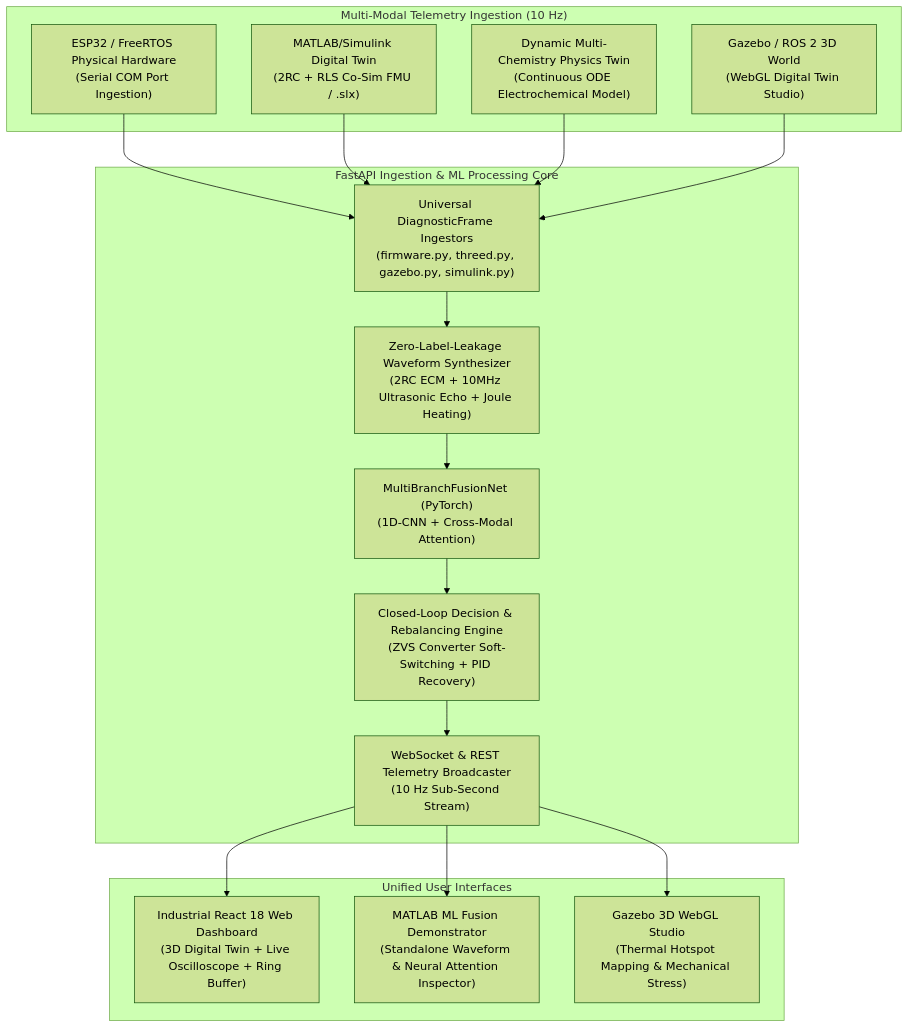
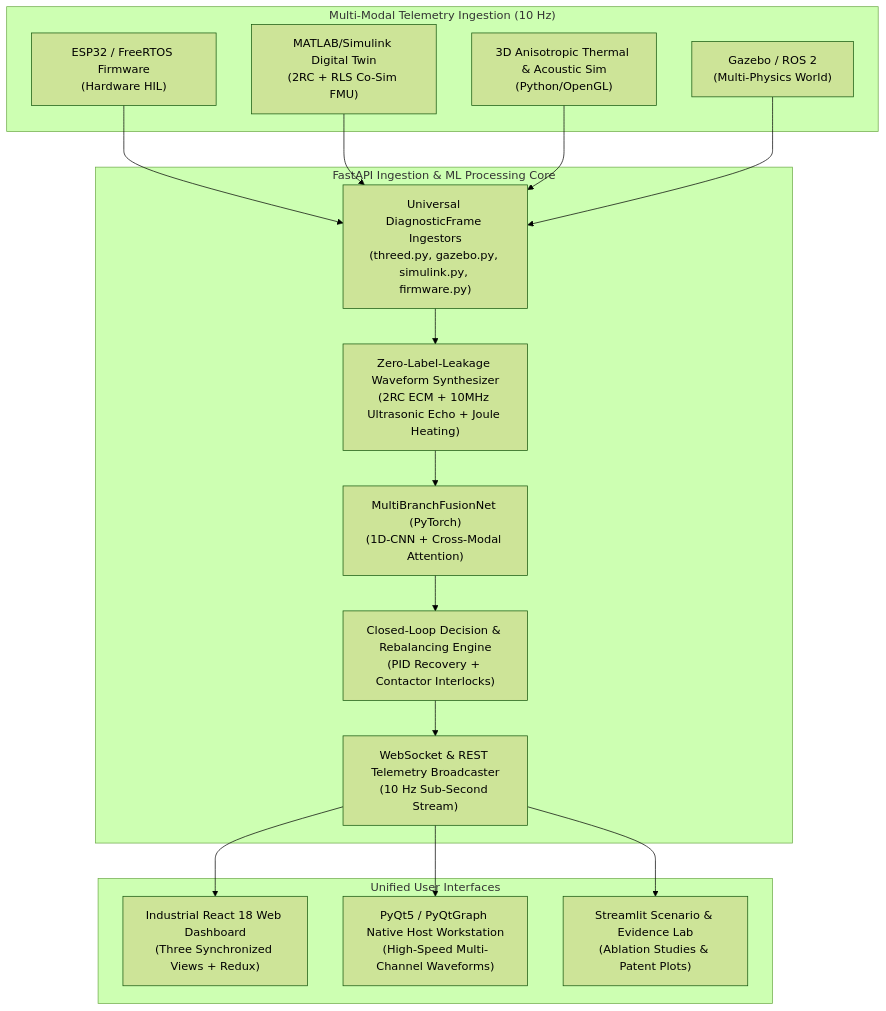
One commit to santhoshvellore7119-web/EV_diagonostics changed the diagram in README.md. Above: the diagram before and after it, drawn with Mermaid (forest theme). The commit also changed other lines of this file and 6 other files, not shown here.

````diff
--- a/README.md
+++ b/README.md
@@ -34,33 +32,33 @@
 ```mermaid
 flowchart TB
     subgraph DataSources ["Multi-Modal Telemetry Ingestion (10 Hz)"]
-        A1["ESP32 / FreeRTOS Physical Hardware<br/>(Serial COM Port Ingestion)"]
-        A2["MATLAB/Simulink Digital Twin<br/>(2RC + RLS Co-Sim FMU / .slx)"]
-        A3["Dynamic Multi-Chemistry Physics Twin<br/>(Continuous ODE Electrochemical Model)"]
-        A4["Gazebo / ROS 2 3D World<br/>(WebGL Digital Twin Studio)"]
+        A1["ESP32 / FreeRTOS Firmware<br/>(Hardware HIL)"]
+        A2["MATLAB/Simulink Digital Twin<br/>(2RC + RLS Co-Sim FMU)"]
+        A3["3D Anisotropic Thermal & Acoustic Sim<br/>(Python/OpenGL)"]
+        A4["Gazebo / ROS 2<br/>(Multi-Physics World)"]
     end
 
     subgraph Backend ["FastAPI Ingestion & ML Processing Core"]
-        B1["Universal DiagnosticFrame Ingestors<br/>(firmware.py, threed.py, gazebo.py, simulink.py)"]
+        B1["Universal DiagnosticFrame Ingestors<br/>(threed.py, gazebo.py, simulink.py, firmware.py)"]
         B2["Zero-Label-Leakage Waveform Synthesizer<br/>(2RC ECM + 10MHz Ultrasonic Echo + Joule Heating)"]
         B3["MultiBranchFusionNet (PyTorch)<br/>(1D-CNN + Cross-Modal Attention)"]
-        B4["Closed-Loop Decision & Rebalancing Engine<br/>(ZVS Converter Soft-Switching + PID Recovery)"]
+        B4["Closed-Loop Decision & Rebalancing Engine<br/>(PID Recovery + Contactor Interlocks)"]
         B5["WebSocket & REST Telemetry Broadcaster<br/>(10 Hz Sub-Second Stream)"]
     end
 
     subgraph ClientLayer ["Unified User Interfaces"]
-        C1["Industrial React 18 Web Dashboard<br/>(3D Digital Twin + Live Oscilloscope + Ring Buffer)"]
-        C2["MATLAB ML Fusion Demonstrator<br/>(Standalone Waveform & Neural Attention Inspector)"]
-        C3["Gazebo 3D WebGL Studio<br/>(Thermal Hotspot Mapping & Mechanical Stress)"]
+        C1["Industrial React 18 Web Dashboard<br/>(Three Synchronized Views + Redux)"]
+        C2["PyQt5 / PyQtGraph Native Host Workstation<br/>(High-Speed Multi-Channel Waveforms)"]
+        C3["Streamlit Scenario & Evidence Lab<br/>(Ablation Studies & Patent Plots)"]
     end
 
     A1 --> B1
     A2 --> B1
     A3 --> B1
     A4 --> B1
 
     B1 --> B2 --> B3 --> B4 --> B5
     B5 --> C1
     B5 --> C2
     B5 --> C3
 ```
````
